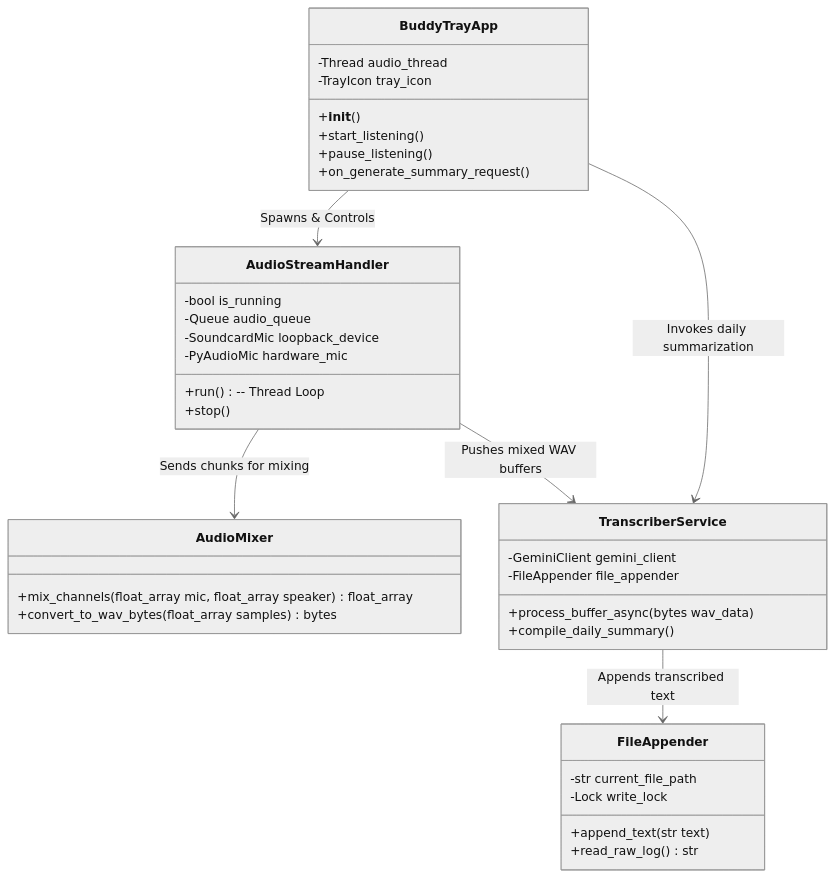
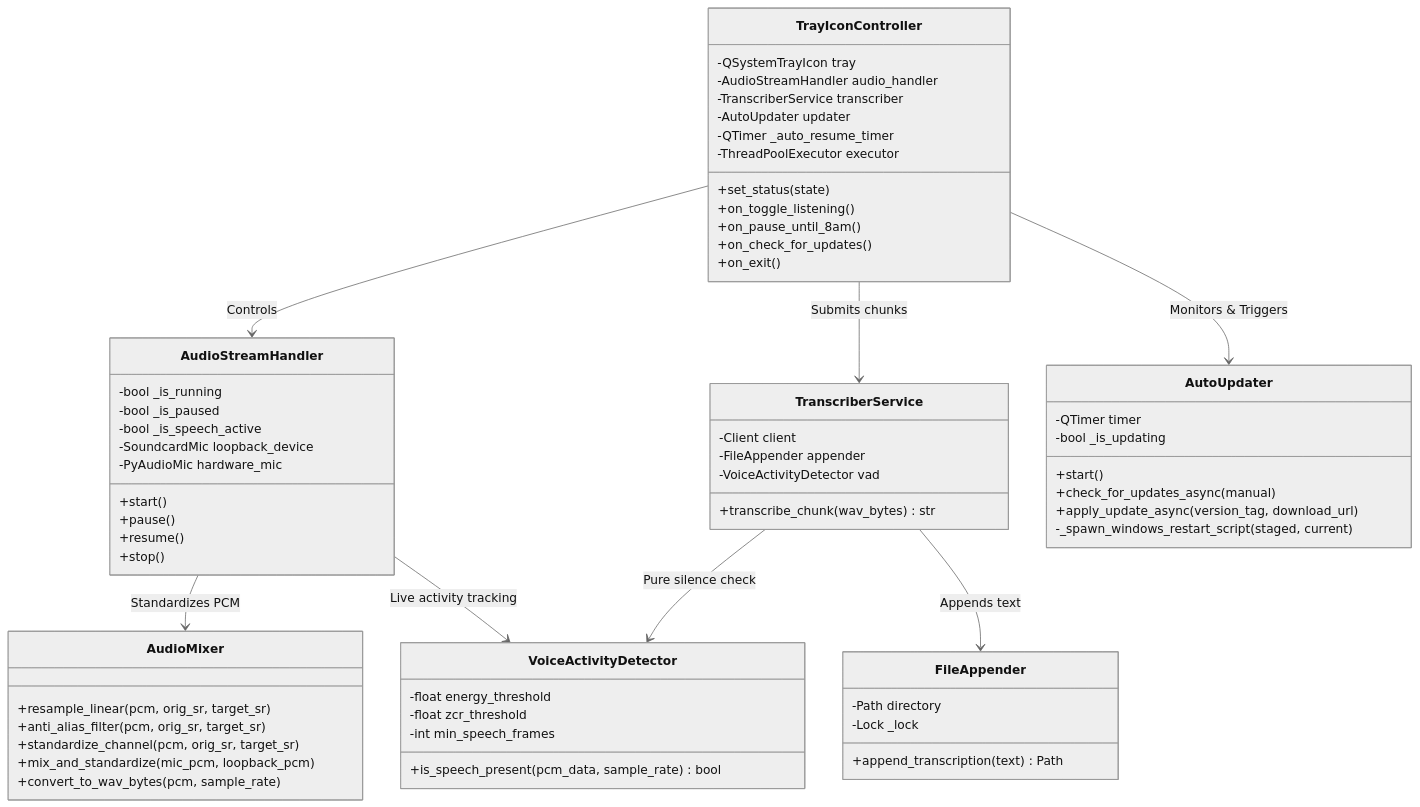
One commit to shuaiyuancn/buddy changed the third of 3 diagrams in system-design.md. Above: the diagram before and after it, drawn with Mermaid (neutral theme). The commit also changed other lines of this file and 3 other files, not shown here.

Commit message:
docs: update PRD, system design, build env, and dev plan to reflect v0.1.5 architecture

````diff
--- a/system-design.md
+++ b/system-design.md
@@ -88,46 +92,74 @@
 ```mermaid
 classDiagram
-    class BuddyTrayApp {
-        -Thread audio_thread
-        -TrayIcon tray_icon
-        +__init__()
-        +start_listening()
-        +pause_listening()
-        +on_generate_summary_request()
+    class TrayIconController {
+        -QSystemTrayIcon tray
+        -AudioStreamHandler audio_handler
+        -TranscriberService transcriber
+        -AutoUpdater updater
+        -QTimer _auto_resume_timer
+        -ThreadPoolExecutor executor
+        +set_status(state)
+        +on_toggle_listening()
+        +on_pause_until_8am()
+        +on_check_for_updates()
+        +on_exit()
     }
 
     class AudioStreamHandler {
-        -bool is_running
-        -Queue audio_queue
+        -bool _is_running
+        -bool _is_paused
+        -bool _is_speech_active
         -SoundcardMic loopback_device
         -PyAudioMic hardware_mic
-        +run()  -- Thread Loop
+        +start()
+        +pause()
+        +resume()
         +stop()
     }
 
     class AudioMixer {
-        +mix_channels(float_array mic, float_array speaker) float_array
-        +convert_to_wav_bytes(float_array samples) bytes
+        +resample_linear(pcm, orig_sr, target_sr)
+        +anti_alias_filter(pcm, orig_sr, target_sr)
+        +standardize_channel(pcm, orig_sr, target_sr)
+        +mix_and_standardize(mic_pcm, loopback_pcm)
+        +convert_to_wav_bytes(pcm, sample_rate)
+    }
+
+    class VoiceActivityDetector {
+        -float energy_threshold
+        -float zcr_threshold
+        -int min_speech_frames
+        +is_speech_present(pcm_data, sample_rate) bool
     }
 
     class TranscriberService {
-        -GeminiClient gemini_client
-        -FileAppender file_appender
-        +process_buffer_async(bytes wav_data)
-        +compile_daily_summary()
+        -Client client
+        -FileAppender appender
+        -VoiceActivityDetector vad
+        +transcribe_chunk(wav_bytes) str
+    }
+
+    class AutoUpdater {
+        -QTimer timer
+        -bool _is_updating
+        +start()
+        +check_for_updates_async(manual)
+        +apply_update_async(version_tag, download_url)
+        -_spawn_windows_restart_script(staged, current)
     }
 
     class FileAppender {
-        -str current_file_path
-        -Lock write_lock
-        +append_text(str text)
-        +read_raw_log() str
+        -Path directory
+        -Lock _lock
+        +append_transcription(text) Path
     }
 
     %% Relationships
-    BuddyTrayApp --> AudioStreamHandler : Spawns & Controls
-    AudioStreamHandler --> AudioMixer : Sends chunks for mixing
-    AudioStreamHandler --> TranscriberService : Pushes mixed WAV buffers
-    TranscriberService --> FileAppender : Appends transcribed text
-    BuddyTrayApp --> TranscriberService : Invokes daily summarization
+    TrayIconController --> AudioStreamHandler : Controls
+    TrayIconController --> TranscriberService : Submits chunks
+    TrayIconController --> AutoUpdater : Monitors & Triggers
+    AudioStreamHandler --> AudioMixer : Standardizes PCM
+    AudioStreamHandler --> VoiceActivityDetector : Live activity tracking
+    TranscriberService --> VoiceActivityDetector : Pure silence check
+    TranscriberService --> FileAppender : Appends text
 ```
````
